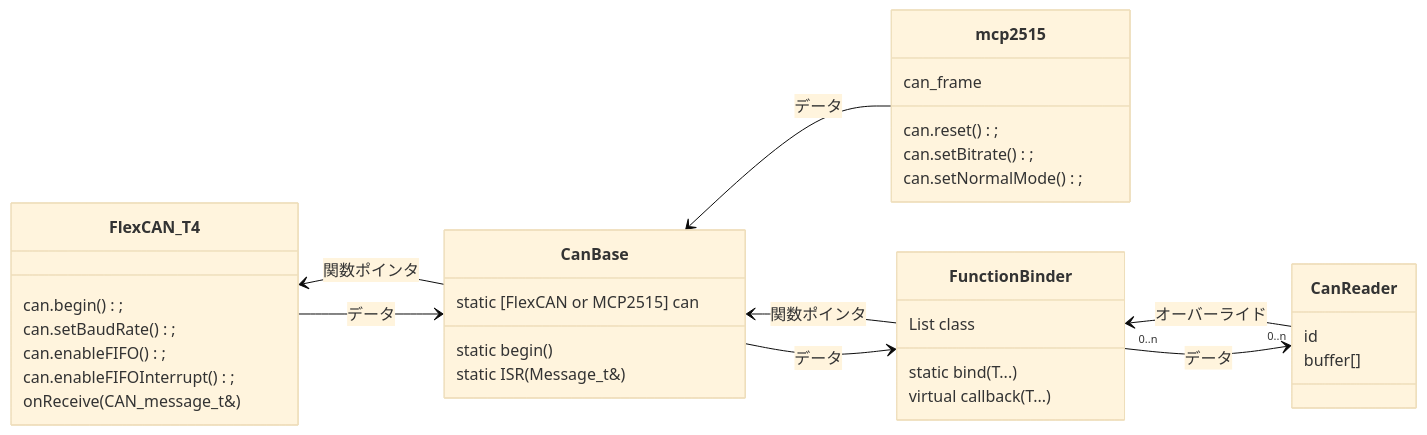
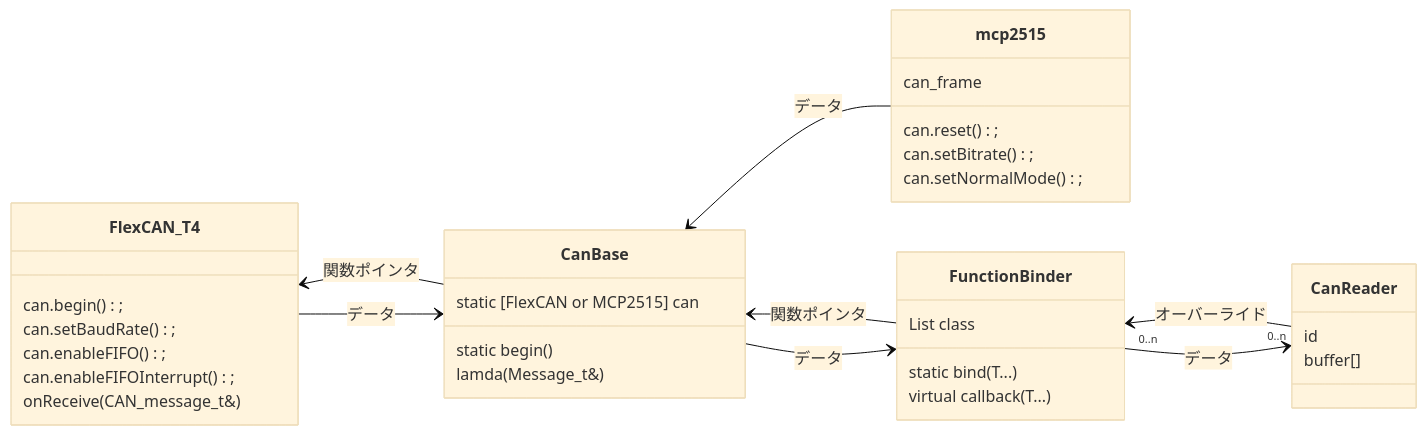
Before and after one commit to udonrobo/UdonLibrary: the diagram in com/can/CanReader/README.md, drawn with Mermaid (base theme). The commit also changed 1 other file, not shown here.

Commit message:
またしてもドキュメント更新

````diff
--- a/com/can/CanReader/README.md
+++ b/com/can/CanReader/README.md
@@ -103,46 +103,46 @@
 ```mermaid
 classDiagram
   direction RL
 
   class CanReader {
     id
     buffer[]
   }
 
   class CanBase {
     static [FlexCAN or MCP2515] can
     static begin()
-    static ISR(Message_t&)
+    lamda(Message_t&)
   }
 
   class mcp2515 {
     can_frame
     can.reset();
     can.setBitrate();
     can.setNormalMode();
   }
   class FlexCAN_T4 {
     can.begin();
     can.setBaudRate();
     can.enableFIFO();
     can.enableFIFOInterrupt();
     onReceive(CAN_message_t&)
   }
 
   class FunctionBinder {
     List class
     static bind(T...)
     virtual callback(T...)
   }
 
 	FlexCAN_T4 --> CanBase : データ
 	CanBase --> FlexCAN_T4 : 関数ポインタ
 
 	mcp2515 --> CanBase : データ
 
 	CanBase --> FunctionBinder : データ
 	FunctionBinder --> CanBase : 関数ポインタ
 
 	FunctionBinder --> "0..n" CanReader : データ
 	CanReader --> "0..n" FunctionBinder : オーバーライド
 ```
````
